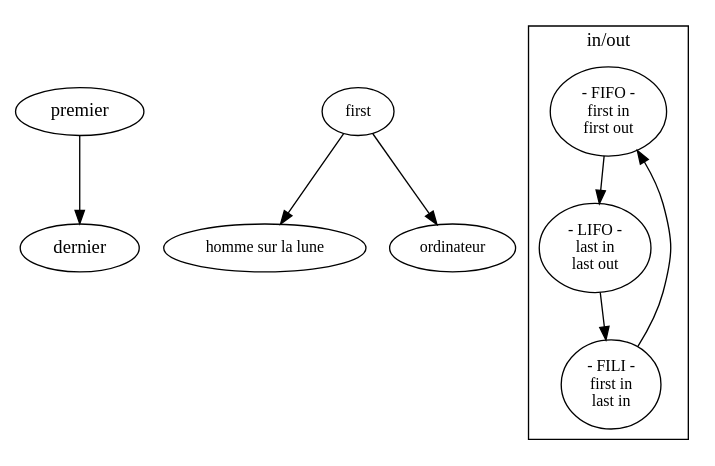
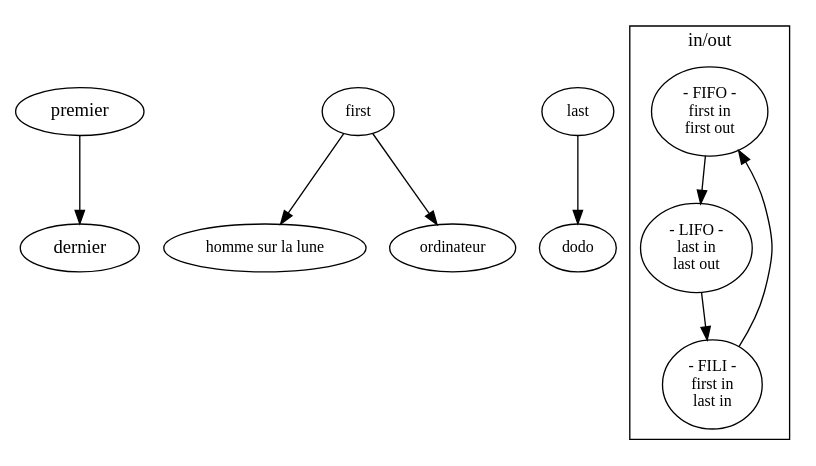
One commit to ensad-nancy/first-last changed the diagram in sujet.dot. Above: the diagram before and after it, drawn with Graphviz.

Commit message:
+	last -> dodo

```diff
--- a/sujet.dot
+++ b/sujet.dot
@@ -1,25 +1,26 @@
 digraph {
 
 	premier -> dernier
 	fontname="myriadpro"
 	fontsize = 14
 	
 	node [fontname="myriadpro", fontsize = 12]
 	edge [fontname="monaco", fontsize = 10]
 
 	first -> "homme sur la lune"
 	first -> "ordinateur"
 	
+	last -> dodo
 
 	subgraph cluster_FO{
 	
 		label="in/out"
 		
 		FIFO [label="- FIFO -\nfirst in\nfirst out"]
 		LIFO [label="- LIFO -\nlast in\nlast out"]
 		FILI [label="- FILI -\nfirst in\n last in"]
 
 		FILI -> FIFO -> LIFO -> FILI
 	}
 	
 }
```
